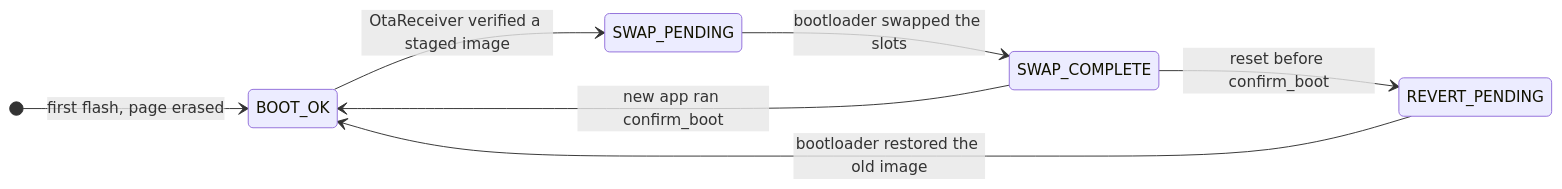
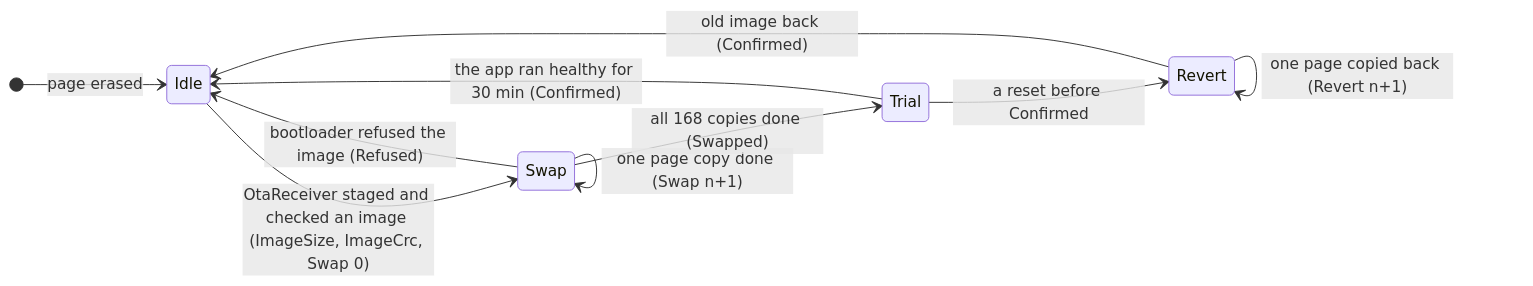
One commit to tmpk13/long-range-radio-rs changed the third of 6 diagrams in ARCHITECTURE.md. Above: the diagram before and after it, drawn with Mermaid. The commit also changed other lines of this file and 9 other files, not shown here.

First line of the commit message:
Docs: the boot-state log, trial confirm, OTA reboot and the watchdogs

````diff
--- a/ARCHITECTURE.md
+++ b/ARCHITECTURE.md
@@ -127,10 +142,13 @@
 ```mermaid
 stateDiagram-v2
     direction LR
-    [*] --> BOOT_OK : first flash, page erased
-    BOOT_OK --> SWAP_PENDING : OtaReceiver verified a staged image
-    SWAP_PENDING --> SWAP_COMPLETE : bootloader swapped the slots
-    SWAP_COMPLETE --> BOOT_OK : new app ran confirm_boot
-    SWAP_COMPLETE --> REVERT_PENDING : reset before confirm_boot
-    REVERT_PENDING --> BOOT_OK : bootloader restored the old image
+    [*] --> Idle : page erased
+    Idle --> Swap : OtaReceiver staged and checked an image (ImageSize, ImageCrc, Swap 0)
+    Swap --> Idle : bootloader refused the image (Refused)
+    Swap --> Swap : one page copy done (Swap n+1)
+    Swap --> Trial : all 168 copies done (Swapped)
+    Trial --> Idle : the app ran healthy for 30 min (Confirmed)
+    Trial --> Revert : a reset before Confirmed
+    Revert --> Revert : one page copied back (Revert n+1)
+    Revert --> Idle : old image back (Confirmed)
 ```
````
